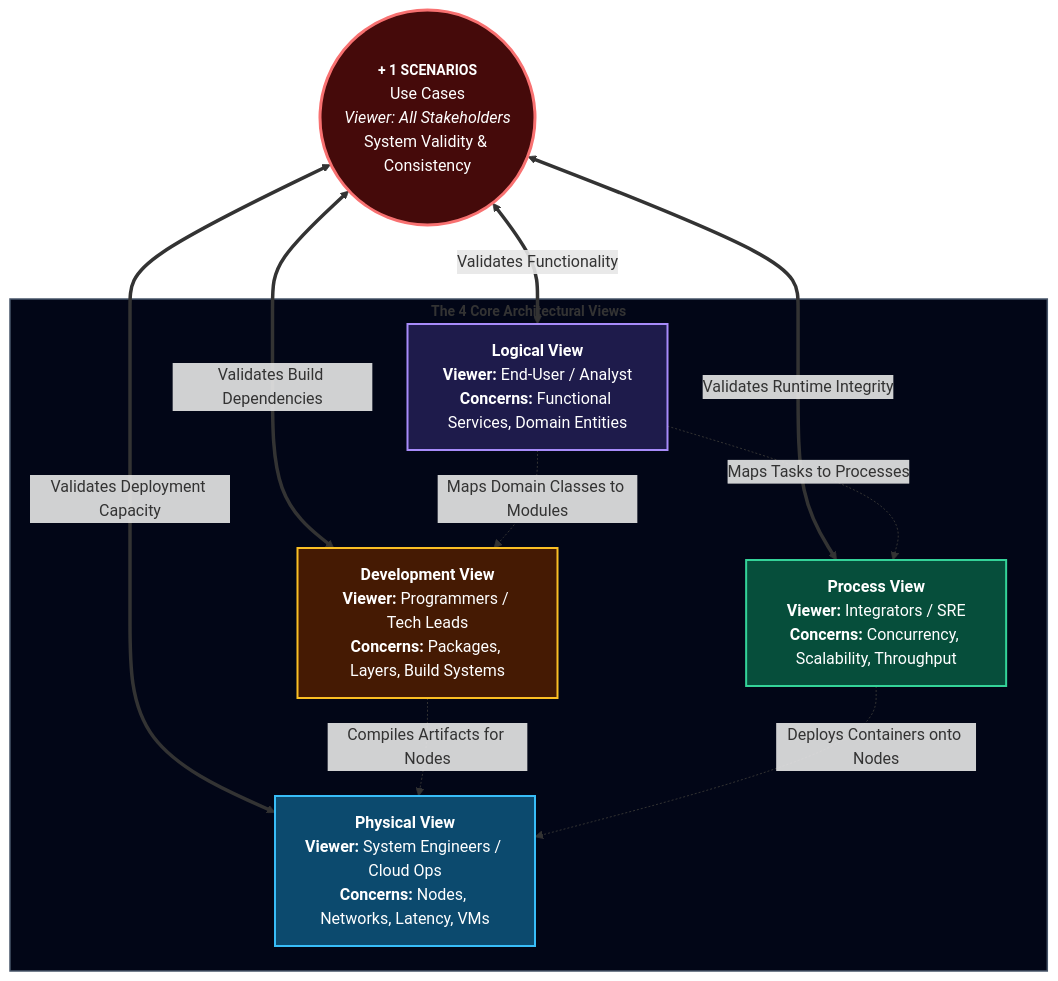
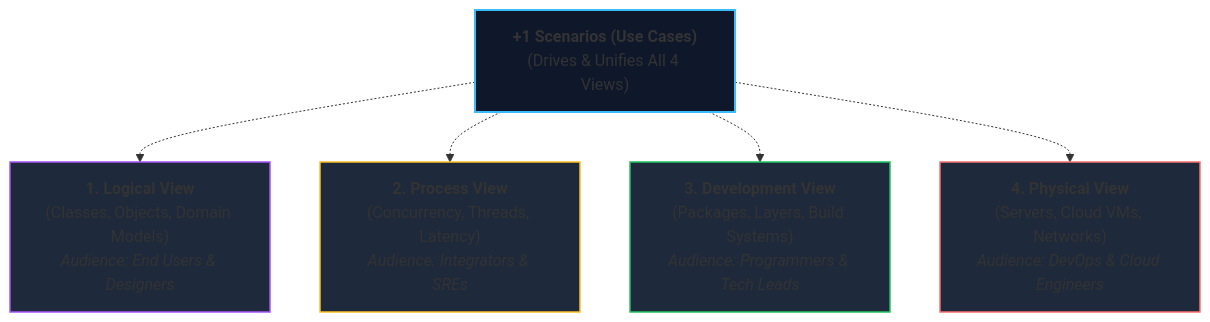
The first of 2 diagrams in Software Architectures/Lecture 6/Lecture_06_Notes.md (shreyash2601/bits-notes), drawn with Mermaid before and after one commit. The commit also changed other lines of this file and 31 other files, not shown here.

````diff
--- a/Software Architectures/Lecture 6/Lecture_06_Notes.md
+++ b/Software Architectures/Lecture 6/Lecture_06_Notes.md
@@ -602,35 +84,20 @@
 ```mermaid
-graph TD
-    subgraph FourViews ["<b style='color:#f8fafc; font-size:14px;'>The 4 Core Architectural Views</b>"]
-        LV["<b style='color:#ffffff;'>Logical View</b><br/><span style='color:#c4b5fd;'><b>Viewer:</b> End-User / Analyst</span><br/><span style='color:#e2e8f0;'><b>Concerns:</b> Functional Services, Domain Entities</span>"]
-        PV["<b style='color:#ffffff;'>Process View</b><br/><span style='color:#86efac;'><b>Viewer:</b> Integrators / SRE</span><br/><span style='color:#e2e8f0;'><b>Concerns:</b> Concurrency, Scalability, Throughput</span>"]
-        DV["<b style='color:#ffffff;'>Development View</b><br/><span style='color:#fde047;'><b>Viewer:</b> Programmers / Tech Leads</span><br/><span style='color:#e2e8f0;'><b>Concerns:</b> Packages, Layers, Build Systems</span>"]
-        PhV["<b style='color:#ffffff;'>Physical View</b><br/><span style='color:#7dd3fc;'><b>Viewer:</b> System Engineers / Cloud Ops</span><br/><span style='color:#e2e8f0;'><b>Concerns:</b> Nodes, Networks, Latency, VMs</span>"]
-    end
+flowchart TD
+    SCENARIO["<b>+1 Scenarios (Use Cases)</b><br/>(Drives & Unifies All 4 Views)"]
 
-    Scen(("<b><span style='color:#ffffff; font-size:14px;'>+ 1 SCENARIOS</span></b><br/><span style='color:#fca5a5;'>Use Cases</span><br/><i><span style='color:#ffffff;'>Viewer: All Stakeholders</span></i><br/><span style='color:#fecaca;'>System Validity & Consistency</span>"))
+    LV["<b>1. Logical View</b><br/>(Classes, Objects, Domain Models)<br/><i>Audience: End Users & Designers</i>"]
+    PV["<b>2. Process View</b><br/>(Concurrency, Threads, Latency)<br/><i>Audience: Integrators & SREs</i>"]
+    DV["<b>3. Development View</b><br/>(Packages, Layers, Build Systems)<br/><i>Audience: Programmers & Tech Leads</i>"]
+    PHY["<b>4. Physical View</b><br/>(Servers, Cloud VMs, Networks)<br/><i>Audience: DevOps & Cloud Engineers</i>"]
 
-    Scen <==>|Validates Functionality| LV
-    Scen <==>|Validates Runtime Integrity| PV
-    Scen <==>|Validates Build Dependencies| DV
-    Scen <==>|Validates Deployment Capacity| PhV
+    SCENARIO -.-> LV
+    SCENARIO -.-> PV
+    SCENARIO -.-> DV
+    SCENARIO -.-> PHY
 
-    LV -.->|Maps Domain Classes to Modules| DV
-    LV -.->|Maps Tasks to Processes| PV
-    DV -.->|Compiles Artifacts for Nodes| PhV
-    PV -.->|Deploys Containers onto Nodes| PhV
-
-    style FourViews fill:#020617,stroke:#475569,stroke-width:1.5px
-
-    classDef lvCard fill:#1e1b4b,stroke:#a78bfa,stroke-width:2px,color:#ffffff;
-    classDef pvCard fill:#064e3b,stroke:#34d399,stroke-width:2px,color:#ffffff;
-    classDef dvCard fill:#451a03,stroke:#fbbf24,stroke-width:2px,color:#ffffff;
-    classDef phvCard fill:#0c4a6e,stroke:#38bdf8,stroke-width:2px,color:#ffffff;
-    classDef scenarioHub fill:#450a0a,stroke:#f87171,stroke-width:3px,color:#ffffff;
-    
-    class LV lvCard;
-    class PV pvCard;
-    class DV dvCard;
-    class PhV phvCard;
-    class Scen scenarioHub;
+    style SCENARIO fill:#0f172a,stroke:#38bdf8,stroke-width:2px
+    style LV fill:#1e293b,stroke:#a855f7,stroke-width:1.5px
+    style PV fill:#1e293b,stroke:#fbbf24,stroke-width:1.5px
+    style DV fill:#1e293b,stroke:#22c55e,stroke-width:1.5px
+    style PHY fill:#1e293b,stroke:#f87171,stroke-width:1.5px
 ```
````
